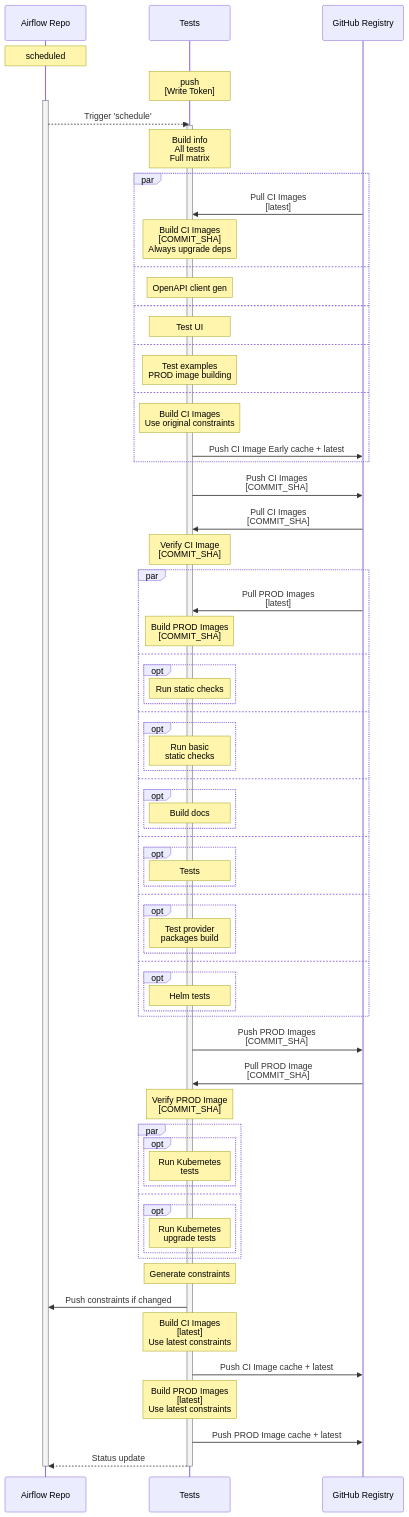
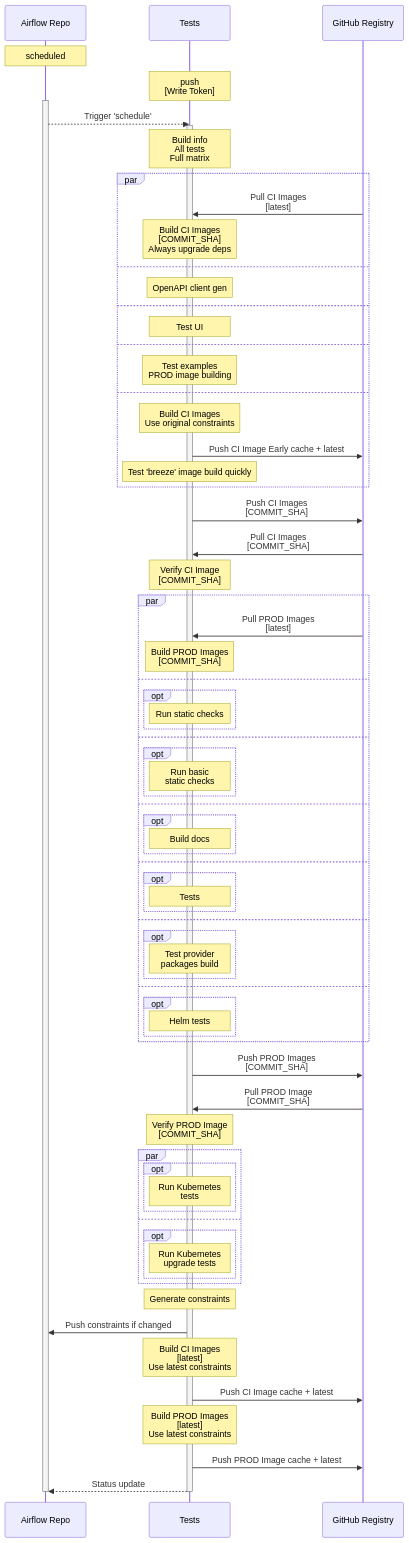
Before and after one commit to GoogleCloudPlatform/composer-airflow: the fourth of 4 diagrams in CI_DIAGRAMS.md, drawn with Mermaid. The commit also changed other lines of this file and 13 other files, not shown here.

````diff
--- a/CI_DIAGRAMS.md
+++ b/CI_DIAGRAMS.md
@@ -262,74 +263,75 @@
 ```mermaid
 sequenceDiagram
     Note over Airflow Repo: scheduled
     Note over Tests: push<br>[Write Token]
     activate Airflow Repo
     Airflow Repo -->> Tests: Trigger 'schedule'
     activate Tests
     Note over Tests: Build info<br>All tests<br>Full matrix
     par
         GitHub Registry ->> Tests: Pull CI Images<br>[latest]
         Note over Tests: Build CI Images<br>[COMMIT_SHA]<br>Always upgrade deps
     and
         Note over Tests: OpenAPI client gen
     and
         Note over Tests: Test UI
     and
         Note over Tests: Test examples<br>PROD image building
     and
         Note over Tests: Build CI Images<br>Use original constraints
         Tests ->> GitHub Registry: Push CI Image Early cache + latest
+        Note over Tests: Test 'breeze' image build quickly
     end
     Tests ->> GitHub Registry: Push CI Images<br>[COMMIT_SHA]
     GitHub Registry ->> Tests: Pull CI Images<br>[COMMIT_SHA]
     Note over Tests: Verify CI Image<br>[COMMIT_SHA]
     par
         GitHub Registry ->> Tests: Pull PROD Images<br>[latest]
         Note over Tests: Build PROD Images<br>[COMMIT_SHA]
     and
         opt
             Note over Tests: Run static checks
         end
     and
         opt
             Note over Tests: Run basic <br>static checks
         end
     and
         opt
             Note over Tests: Build docs
         end
     and
         opt
             Note over Tests: Tests
         end
     and
         opt
             Note over Tests: Test provider <br>packages build
         end
     and
         opt
             Note over Tests: Helm tests
         end
     end
     Tests ->> GitHub Registry: Push PROD Images<br>[COMMIT_SHA]
     GitHub Registry ->> Tests: Pull PROD Image<br>[COMMIT_SHA]
     Note over Tests: Verify PROD Image<br>[COMMIT_SHA]
     par
         opt
             Note over Tests: Run Kubernetes <br>tests
         end
     and
         opt
             Note over Tests: Run Kubernetes <br>upgrade tests
         end
     end
     Note over Tests: Generate constraints
     Tests ->> Airflow Repo: Push constraints if changed
     Note over Tests: Build CI Images<br>[latest]<br>Use latest constraints
     Tests ->> GitHub Registry: Push CI Image cache + latest
     Note over Tests: Build PROD Images<br>[latest]<br>Use latest constraints
     Tests ->> GitHub Registry: Push PROD Image cache + latest
     Tests -->> Airflow Repo: Status update
     deactivate Airflow Repo
     deactivate Tests
 ```
````
